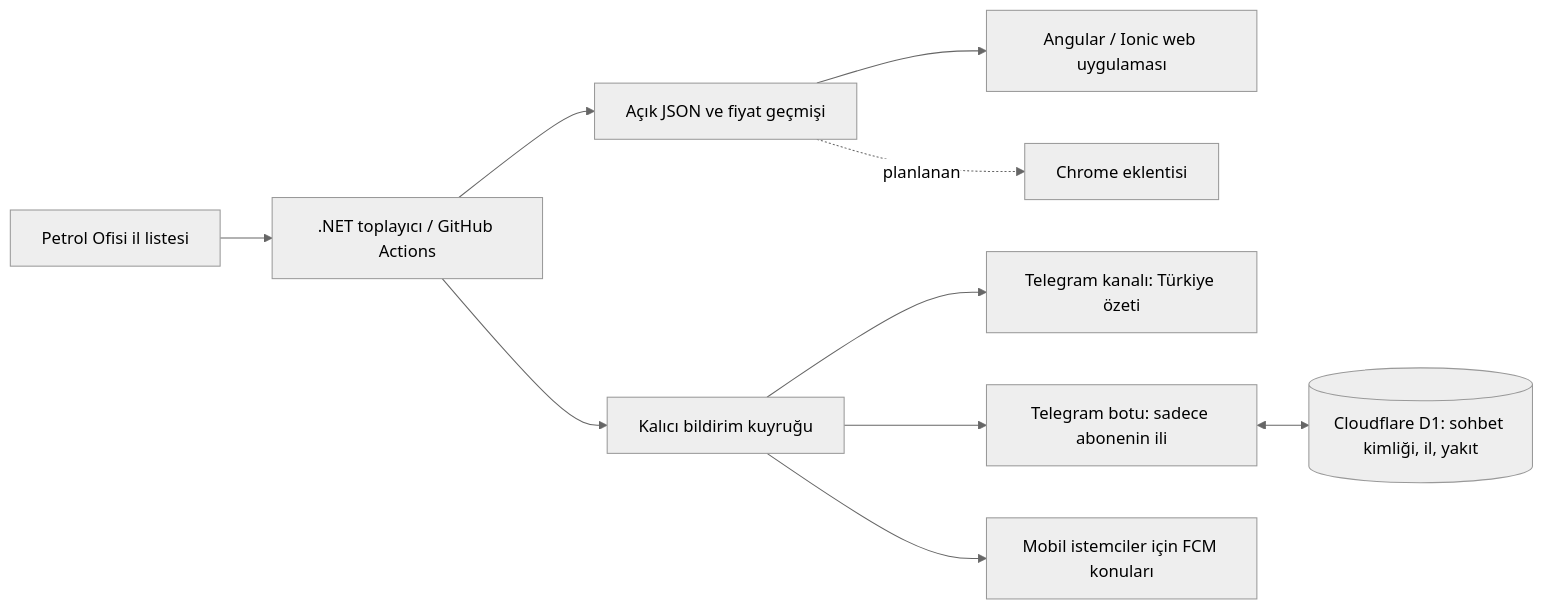
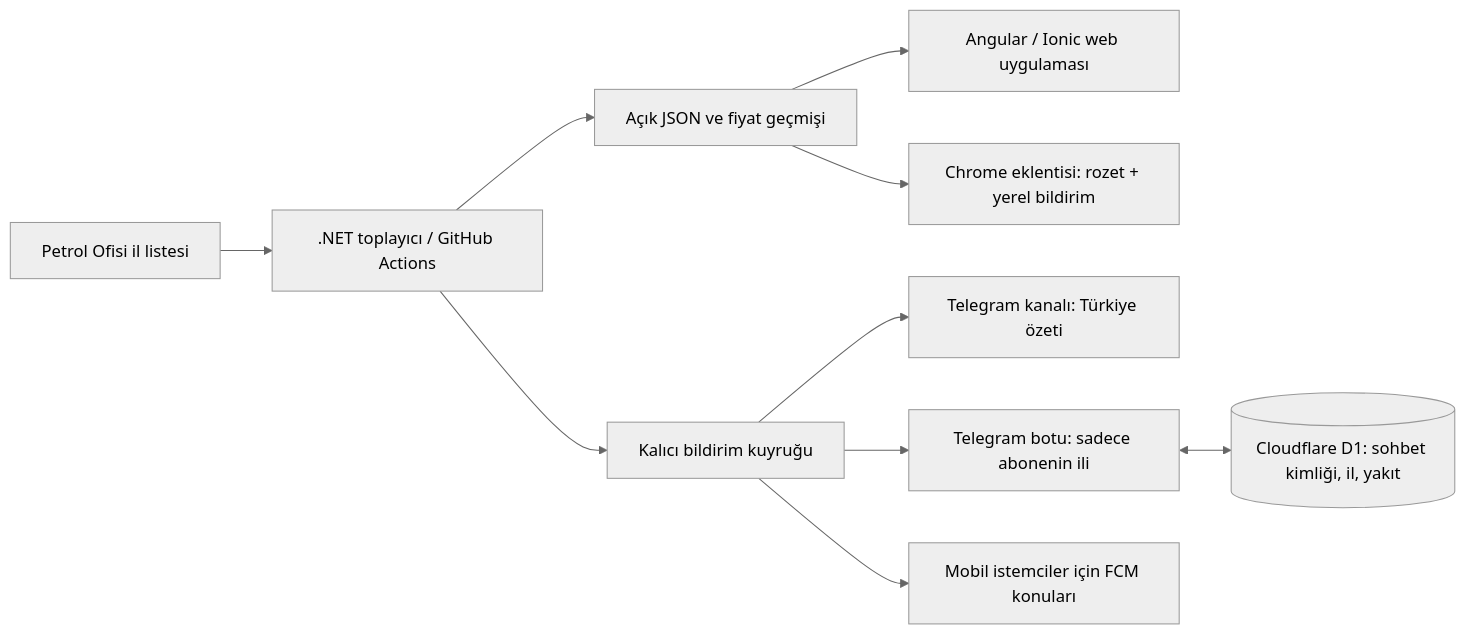
One commit to ozkurtomer/depo-dolu changed the diagram in README.tr.md. Above: the diagram before and after it, drawn with Mermaid (neutral theme). The commit also changed other lines of this file and 28 other files, not shown here.

````diff
--- a/README.tr.md
+++ b/README.tr.md
@@ -131,12 +137,12 @@
 ```mermaid
 flowchart LR
     PO[Petrol Ofisi il listesi] --> C[.NET toplayıcı / GitHub Actions]
     C --> D[Açık JSON ve fiyat geçmişi]
     C --> Q[Kalıcı bildirim kuyruğu]
     D --> W[Angular / Ionic web uygulaması]
-    D -. planlanan .-> E[Chrome eklentisi]
+    D --> E[Chrome eklentisi: rozet + yerel bildirim]
     Q --> T[Telegram kanalı: Türkiye özeti]
     Q --> B[Telegram botu: sadece abonenin ili]
     B <--> S[(Cloudflare D1: sohbet kimliği, il, yakıt)]
     Q --> F[Mobil istemciler için FCM konuları]
 ```
````
